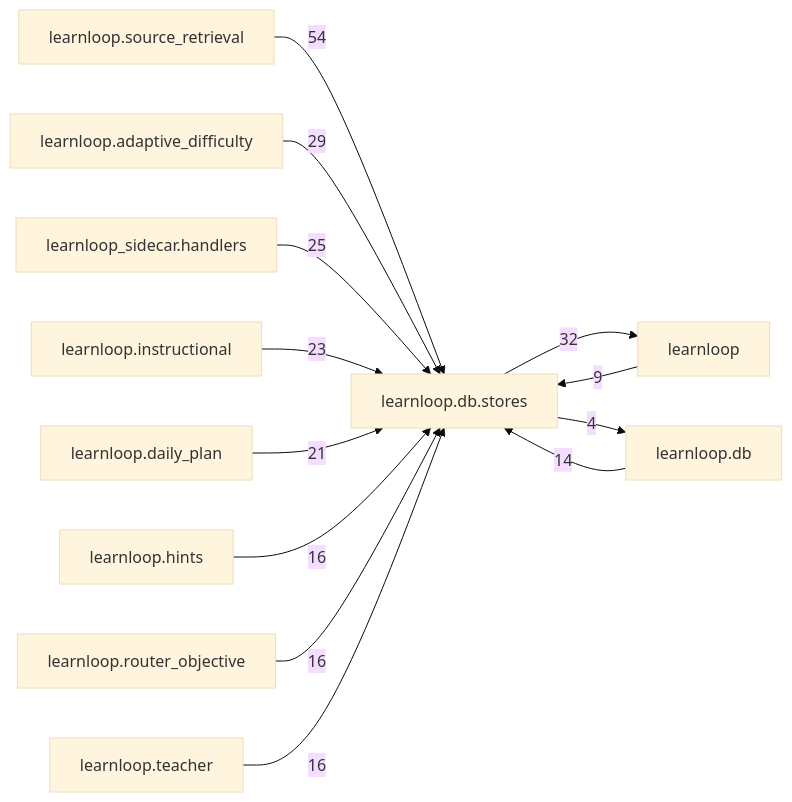
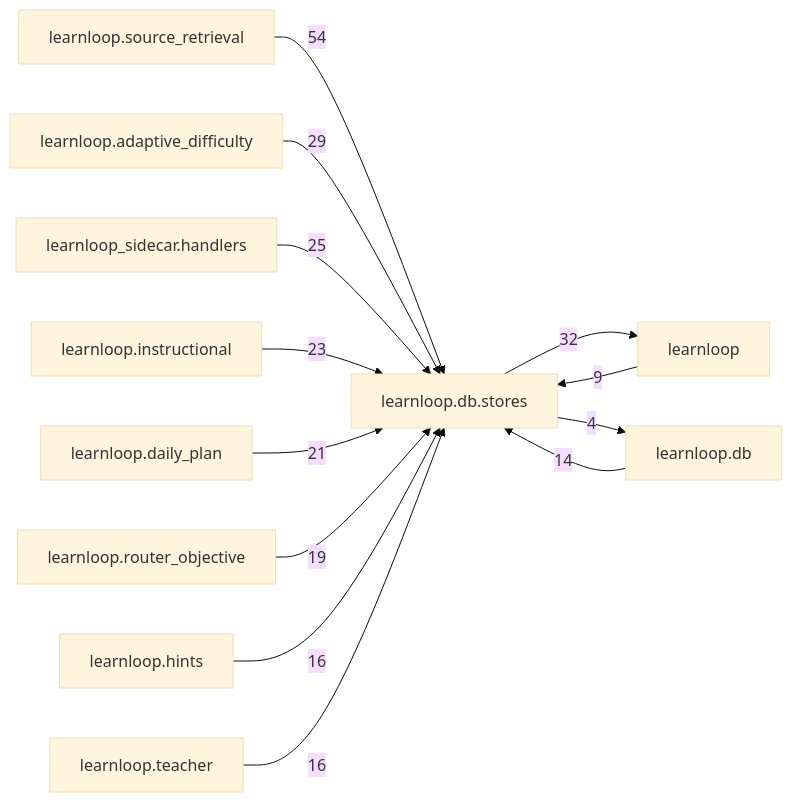
The diagram in docs/learnloop-architecture-vault/Reference/Modules/learnloop/db/stores/_package.md (6up-b/learnanything), drawn with Mermaid (base theme) before and after one commit. The commit also changed other lines of this file and 542 other files, not shown here.

````diff
--- a/docs/learnloop-architecture-vault/Reference/Modules/learnloop/db/stores/_package.md
+++ b/docs/learnloop-architecture-vault/Reference/Modules/learnloop/db/stores/_package.md
@@ -218,26 +218,26 @@
 ```mermaid
 flowchart LR
     center["learnloop.db.stores"]
     n_learnloop_source_retrieval["learnloop.source_retrieval"]
     n_learnloop["learnloop"]
     n_learnloop_adaptive_difficulty["learnloop.adaptive_difficulty"]
     n_learnloop_sidecar_handlers["learnloop_sidecar.handlers"]
     n_learnloop_instructional["learnloop.instructional"]
     n_learnloop_daily_plan["learnloop.daily_plan"]
+    n_learnloop_router_objective["learnloop.router_objective"]
     n_learnloop_db["learnloop.db"]
     n_learnloop_hints["learnloop.hints"]
-    n_learnloop_router_objective["learnloop.router_objective"]
     n_learnloop_teacher["learnloop.teacher"]
     n_learnloop_source_retrieval -->|54| center
     n_learnloop -->|9| center
     center -->|32| n_learnloop
     n_learnloop_adaptive_difficulty -->|29| center
     n_learnloop_sidecar_handlers -->|25| center
     n_learnloop_instructional -->|23| center
     n_learnloop_daily_plan -->|21| center
+    n_learnloop_router_objective -->|19| center
     n_learnloop_db -->|14| center
     center -->|4| n_learnloop_db
     n_learnloop_hints -->|16| center
-    n_learnloop_router_objective -->|16| center
     n_learnloop_teacher -->|16| center
 ```
````
